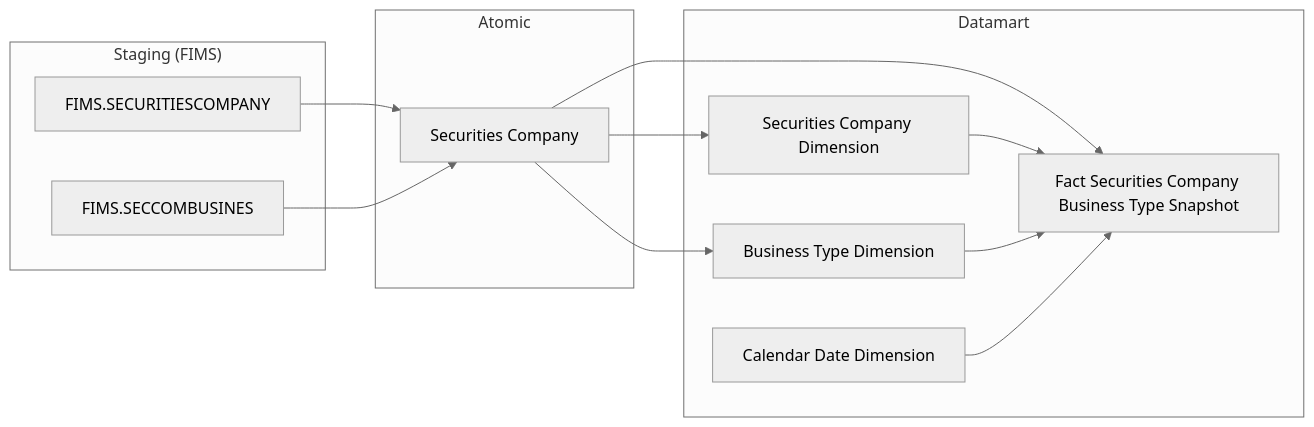
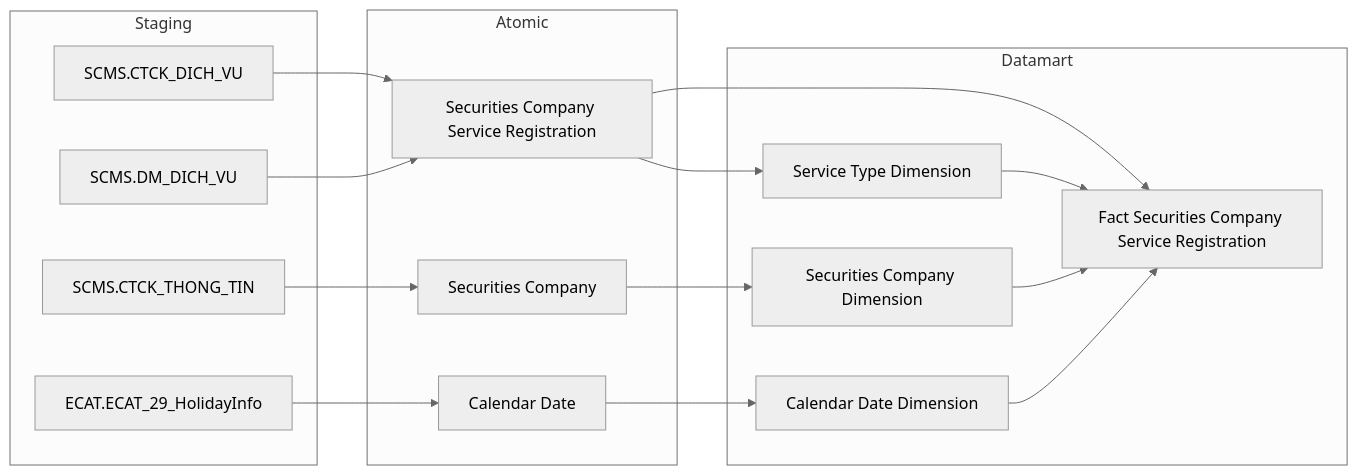
The second of 40 diagrams in Datamart/hld/DTM_QLKD_HLD.md (linhlvit/ubck_atomic_design), drawn with Mermaid (neutral theme) before and after one commit. The commit also changed other lines of this file and 7 other files, not shown here.

````diff
--- a/Datamart/hld/DTM_QLKD_HLD.md
+++ b/Datamart/hld/DTM_QLKD_HLD.md
@@ -53,29 +57,36 @@
 ```mermaid
 flowchart LR
-    subgraph SRC["Staging (FIMS)"]
-        S1["FIMS.SECURITIESCOMPANY"]
-        S2["FIMS.SECCOMBUSINES"]
+    subgraph SRC["Staging"]
+        S1["SCMS.CTCK_DICH_VU"]
+        S2["SCMS.DM_DICH_VU"]
+        S3["SCMS.CTCK_THONG_TIN"]
+        ECAT_ECAT_29_HolidayInfo["ECAT.ECAT_29_HolidayInfo"]
     end
 
     subgraph SIL["Atomic"]
-        SV1["Securities Company"]
+        SV1["Securities Company Service Registration"]
+        SV2["Securities Company"]
+        Calendar_Date["Calendar Date"]
     end
 
     subgraph Datamart["Datamart"]
-        G1["Fact Securities Company Business Type Snapshot"]
-        G2["Securities Company Dimension"]
-        G3["Business Type Dimension"]
+        G1["Fact Securities Company Service Registration"]
+        G2["Service Type Dimension"]
+        G3["Securities Company Dimension"]
         G4["Calendar Date Dimension"]
     end
 
     S1 --> SV1
     S2 --> SV1
+    S3 --> SV2
+    ECAT_ECAT_29_HolidayInfo --> Calendar_Date
 
+    SV1 --> G1
     SV1 --> G2
-    SV1 --> G1
-    SV1 --> G3
+    SV2 --> G3
+    Calendar_Date --> G4
 
     G2 --> G1
     G3 --> G1
     G4 --> G1
 ```
````
